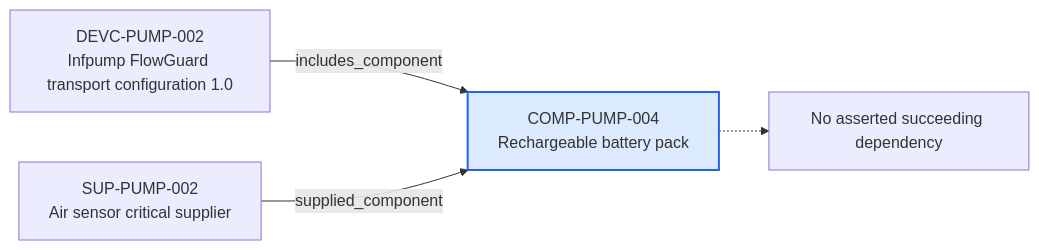
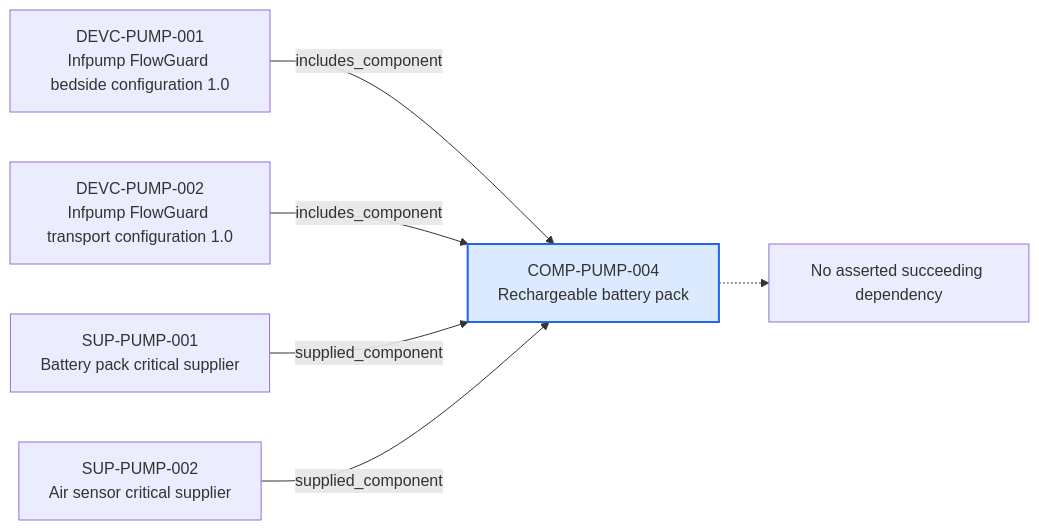
One commit to mvattulainen/mdrontology changed the diagram in content/06-Infpump FlowGuard ontology notes/component/COMP-PUMP-004-rechargeable-battery-pack.md. Above: the diagram before and after it, drawn with Mermaid. The commit also changed other lines of this file and 30 other files, not shown here.

````diff
--- a/content/06-Infpump FlowGuard ontology notes/component/COMP-PUMP-004-rechargeable-battery-pack.md
+++ b/content/06-Infpump FlowGuard ontology notes/component/COMP-PUMP-004-rechargeable-battery-pack.md
@@ -69,12 +69,16 @@
 ```mermaid
 flowchart LR
   CURRENT["COMP-PUMP-004<br/>Rechargeable battery pack"]
-  PREV0["DEVC-PUMP-002<br/>Infpump FlowGuard transport configuration 1.0"]
+  PREV0["DEVC-PUMP-001<br/>Infpump FlowGuard bedside configuration 1.0"]
   PREV0 -->|"includes_component"| CURRENT
-  PREV1["SUP-PUMP-002<br/>Air sensor critical supplier"]
-  PREV1 -->|"supplied_component"| CURRENT
+  PREV1["DEVC-PUMP-002<br/>Infpump FlowGuard transport configuration 1.0"]
+  PREV1 -->|"includes_component"| CURRENT
+  PREV2["SUP-PUMP-001<br/>Battery pack critical supplier"]
+  PREV2 -->|"supplied_component"| CURRENT
+  PREV3["SUP-PUMP-002<br/>Air sensor critical supplier"]
+  PREV3 -->|"supplied_component"| CURRENT
   NEXT_NONE["No asserted succeeding dependency"]
   CURRENT -.-> NEXT_NONE
   classDef current fill:#dbeafe,stroke:#2563eb,stroke-width:2px
   class CURRENT current
 ```
````
